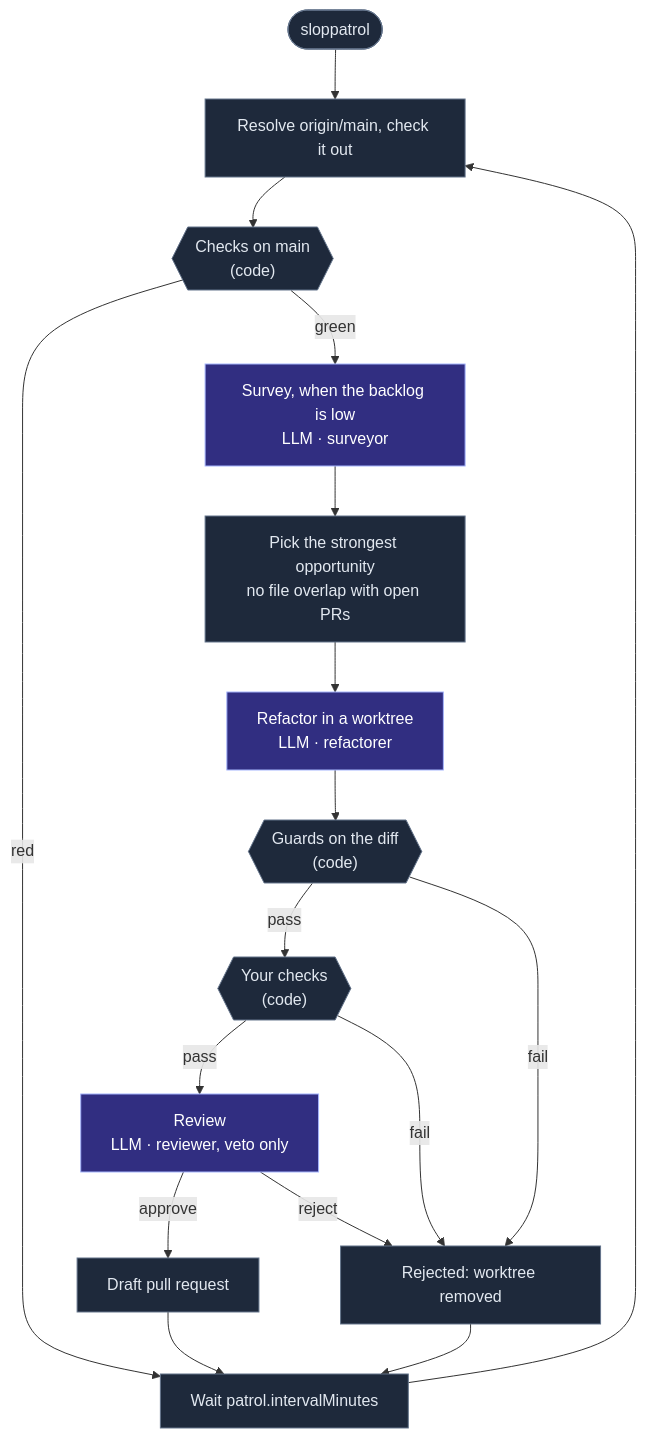
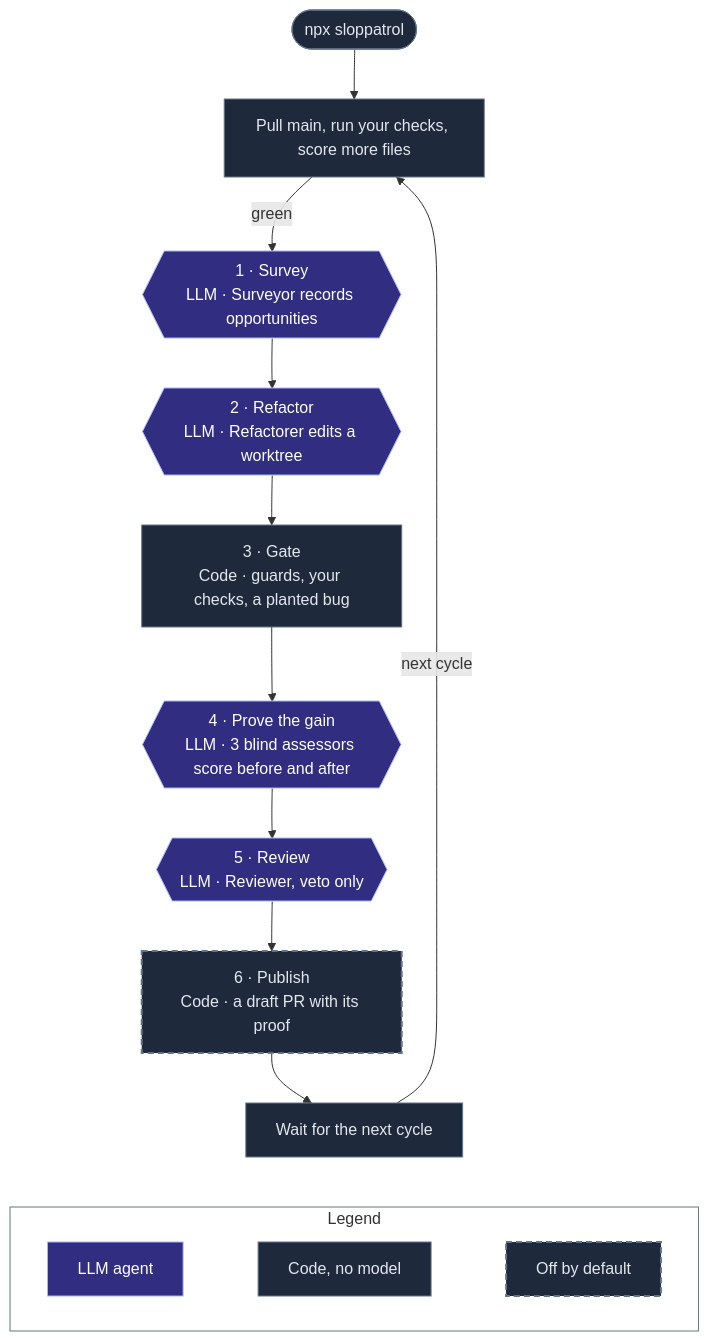
The diagram in README.md (agent-labs-dev/sloppatrol), drawn with Mermaid before and after one commit. The commit also changed other lines of this file and 12 other files, not shown here.

````diff
--- a/README.md
+++ b/README.md
@@ -106,24 +29,26 @@
 ```mermaid
 flowchart TB
-  start(["sloppatrol"]) --> pull["Resolve origin/main, check it out"]
-  pull --> base{{"Checks on main<br/>(code)"}}
-  base -->|red| wait
-  base -->|green| survey["Survey, when the backlog is low<br/>LLM · surveyor"]
-  survey --> pick["Pick the strongest opportunity<br/>no file overlap with open PRs"]
-  pick --> refactor["Refactor in a worktree<br/>LLM · refactorer"]
-  refactor --> guards{{"Guards on the diff<br/>(code)"}}
-  guards -->|pass| checks{{"Your checks<br/>(code)"}}
-  checks -->|pass| review["Review<br/>LLM · reviewer, veto only"]
-  review -->|approve| pr["Draft pull request"]
-  guards -->|fail| reject["Rejected: worktree removed"]
-  checks -->|fail| reject
-  review -->|reject| reject
-  pr --> wait["Wait patrol.intervalMinutes"]
-  reject --> wait
-  wait --> pull
+  start(["npx sloppatrol"]) --> pull["Pull main, run your checks, score more files"]
+  pull -->|green| survey{{"1 · Survey<br/>LLM · Surveyor records opportunities"}}
+  survey --> refactor{{"2 · Refactor<br/>LLM · Refactorer edits a worktree"}}
+  refactor --> gate["3 · Gate<br/>Code · guards, your checks, a planted bug"]
+  gate --> assess{{"4 · Prove the gain<br/>LLM · 3 blind assessors score before and after"}}
+  assess --> review{{"5 · Review<br/>LLM · Reviewer, veto only"}}
+  review --> publish["6 · Publish<br/>Code · a draft PR with its proof"]
+  publish --> wait["Wait for the next cycle"]
+  wait -->|"next cycle"| pull
+
+  subgraph legend ["Legend"]
+    direction LR
+    l1["LLM agent"] ~~~ l3["Code, no model"] ~~~ l4["Off by default"]
+  end
+  wait ~~~ legend
 
   classDef llm fill:#312e81,stroke:#a5b4fc,color:#ffffff
   classDef code fill:#1e293b,stroke:#64748b,color:#e2e8f0
-  class survey,refactor,review llm
-  class start,pull,base,pick,guards,checks,pr,reject,wait code
+  classDef opt fill:#1e293b,stroke:#64748b,color:#e2e8f0,stroke-width:2px,stroke-dasharray:6 4
+  class survey,refactor,assess,review,l1 llm
+  class start,pull,gate,wait,l3 code
+  class publish,l4 opt
+  style legend fill:transparent,stroke:#64748b
 ```
````
